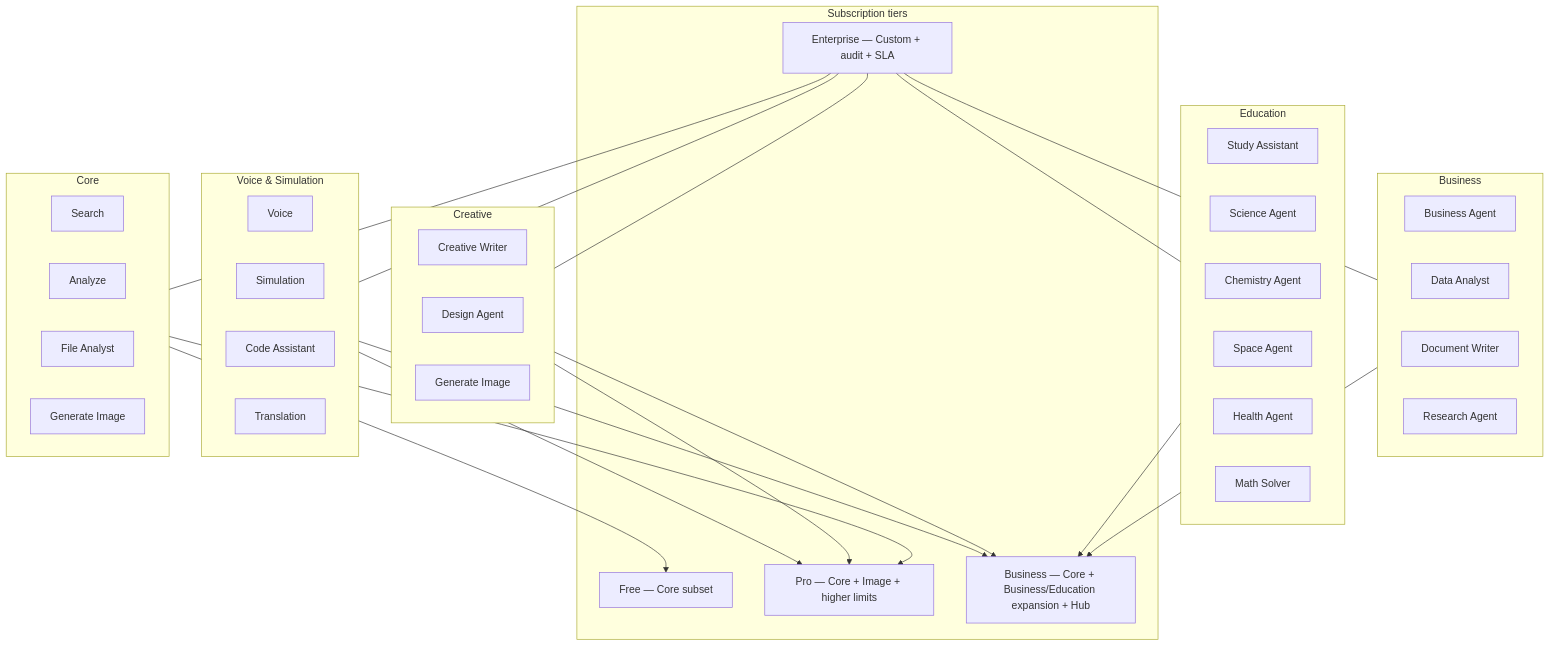
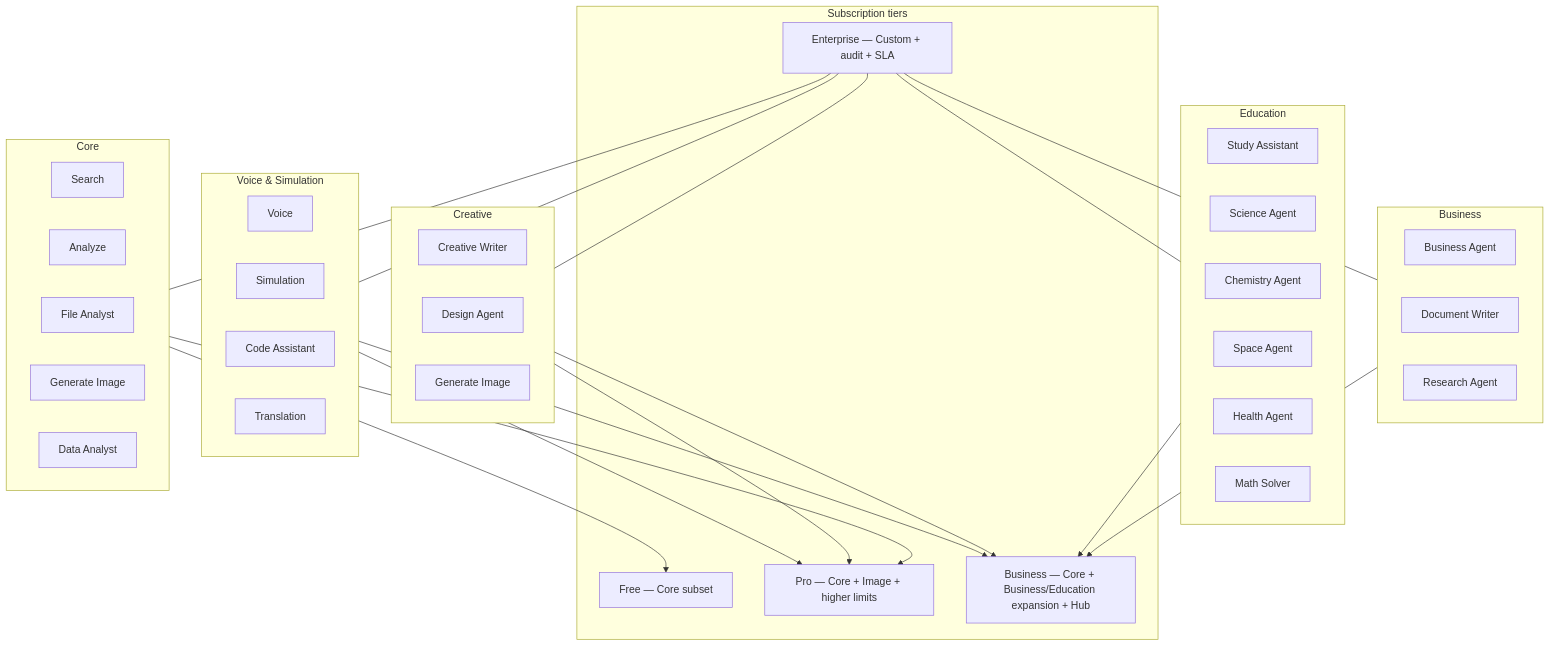
Before and after one commit to WaelOGC/Tunde-Agent: the second of 2 diagrams in docs/08_tools/overview.md, drawn with Mermaid. The commit also changed other lines of this file and 1180 other files, not shown here.

````diff
--- a/docs/08_tools/overview.md
+++ b/docs/08_tools/overview.md
@@ -286,59 +286,59 @@
 ```mermaid
 flowchart TB
     subgraph Core["Core"]
         S[Search]
         A[Analyze]
         F[File Analyst]
         I[Generate Image]
+        DA[Data Analyst]
     end
 
     subgraph Education["Education"]
         ST[Study Assistant]
         SC[Science Agent]
         CH[Chemistry Agent]
         SP[Space Agent]
         HE[Health Agent]
         M[Math Solver]
     end
 
     subgraph Business["Business"]
         B[Business Agent]
-        D[Data Analyst]
         DW[Document Writer]
         R[Research Agent]
     end
 
     subgraph Creative["Creative"]
         CR[Creative Writer]
         DE[Design Agent]
         IM[Generate Image]
     end
 
     subgraph Infra["Voice & Simulation"]
         V[Voice]
         SI[Simulation]
         CO[Code Assistant]
         TR[Translation]
     end
 
     subgraph Tiers["Subscription tiers"]
         FR[Free — Core subset]
         PR[Pro — Core + Image + higher limits]
         BU[Business — Core + Business/Education expansion + Hub]
         EN[Enterprise — Custom + audit + SLA]
     end
 
     Core --> FR
     Core --> PR
     Business --> BU
     Education --> BU
     Creative --> PR
     Creative --> BU
     Infra --> PR
     Infra --> BU
     EN --- Core
     EN --- Business
     EN --- Education
     EN --- Creative
     EN --- Infra
 ```
````
